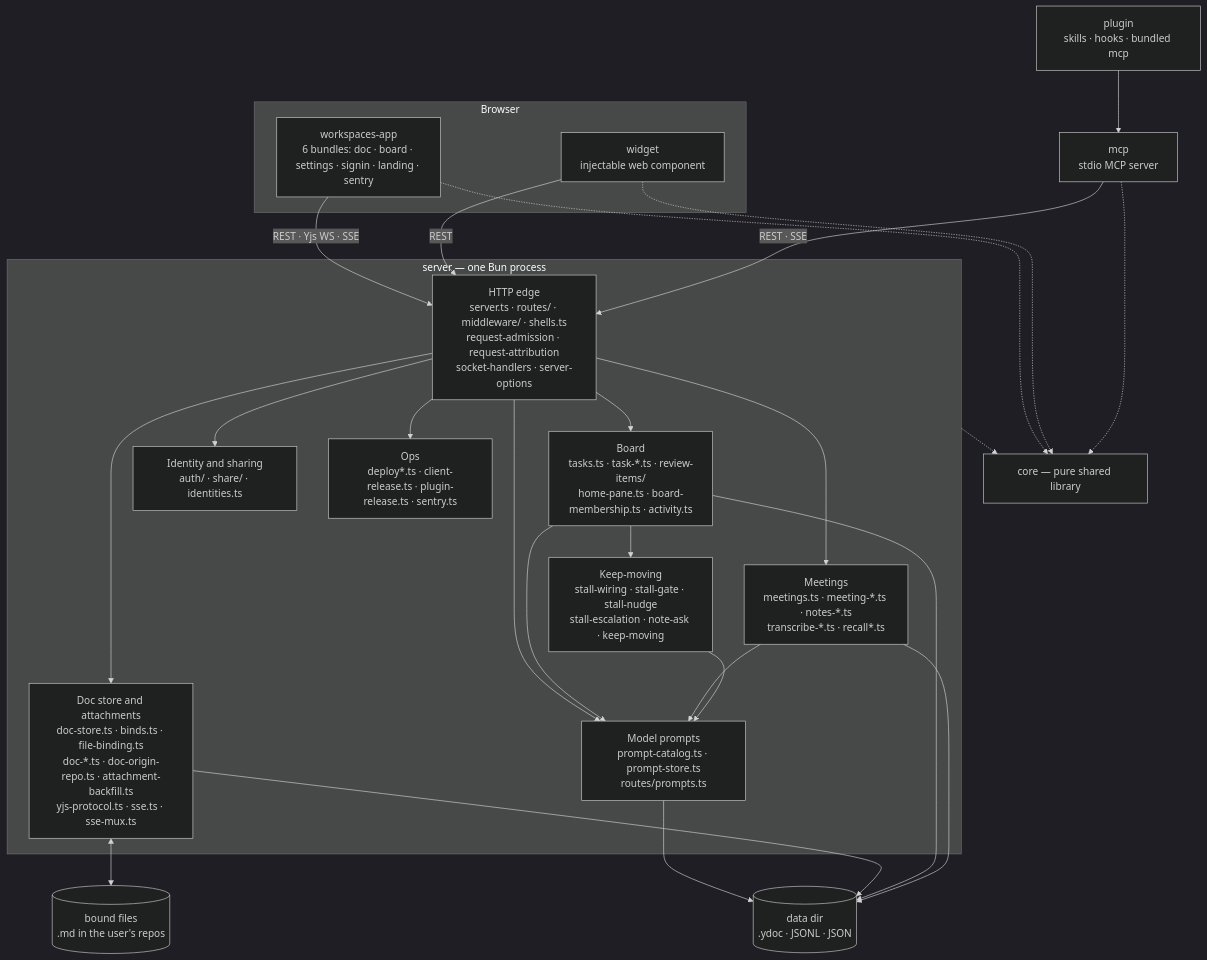
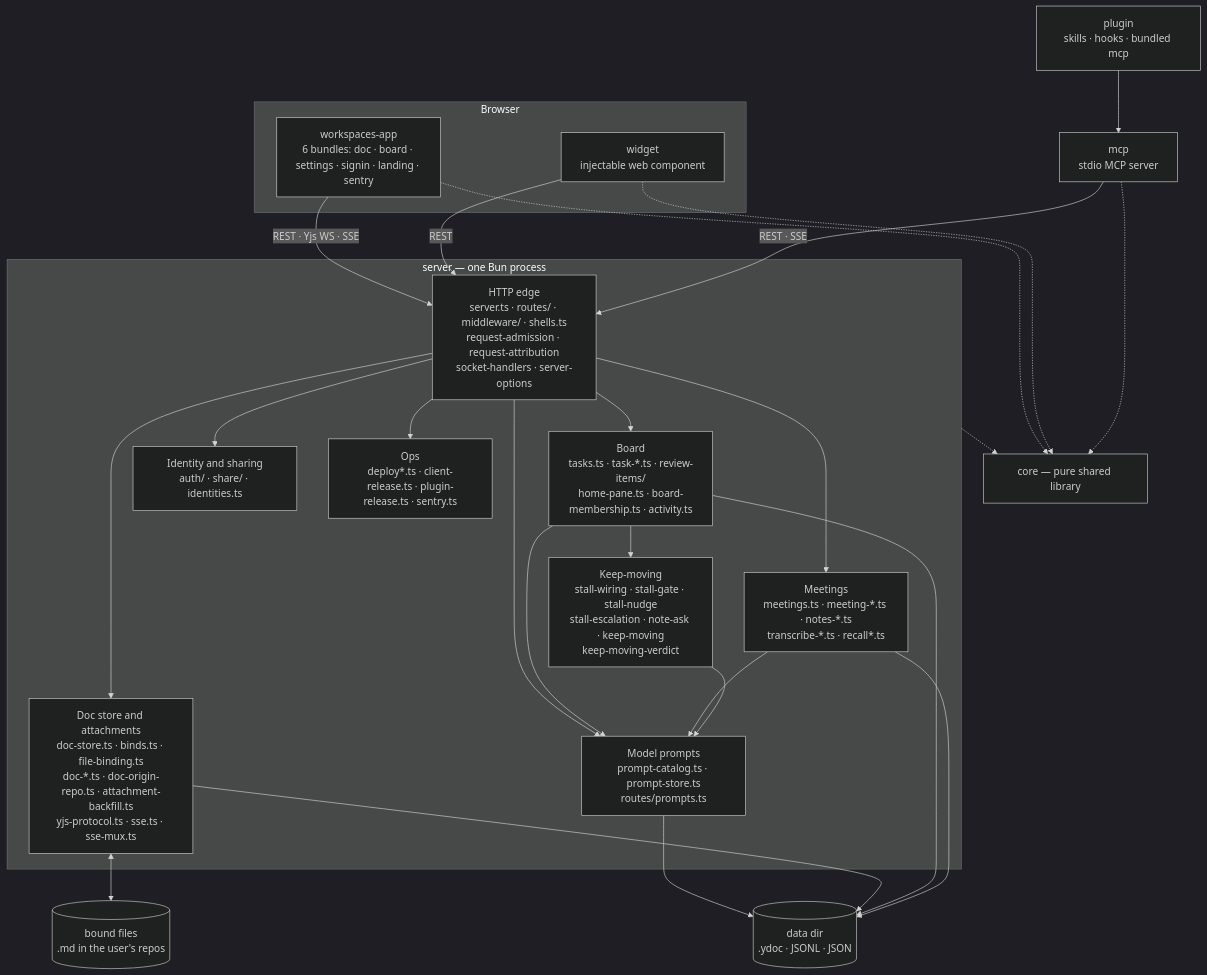
The first of 2 diagrams in docs/architecture/overview.md (fryanpan/claude-workspaces-plugin), drawn with Mermaid (dark theme) before and after one commit. The commit also changed other lines of this file and 19 other files, not shown here.

````diff
--- a/docs/architecture/overview.md
+++ b/docs/architecture/overview.md
@@ -45,35 +45,35 @@
 ```mermaid
 flowchart TB
   subgraph browser[Browser]
     app["workspaces-app<br/>6 bundles: doc · board · settings · signin · landing · sentry"]
     wid["widget<br/>injectable web component"]
   end
   plug["plugin<br/>skills · hooks · bundled mcp"]
   mcp["mcp<br/>stdio MCP server"]
   subgraph srv["server — one Bun process"]
     edge["HTTP edge<br/>server.ts · routes/ · middleware/ · shells.ts<br/>request-admission · request-attribution<br/>socket-handlers · server-options"]
     docs["Doc store and attachments<br/>doc-store.ts · binds.ts · file-binding.ts<br/>doc-*.ts · doc-origin-repo.ts · attachment-backfill.ts<br/>yjs-protocol.ts · sse.ts · sse-mux.ts"]
     board["Board<br/>tasks.ts · task-*.ts · review-items/<br/>home-pane.ts · board-membership.ts · activity.ts"]
     meet["Meetings<br/>meetings.ts · meeting-*.ts · notes-*.ts<br/>transcribe-*.ts · recall*.ts"]
-    keep["Keep-moving<br/>stall-wiring · stall-gate · stall-nudge<br/>stall-escalation · note-ask · keep-moving"]
+    keep["Keep-moving<br/>stall-wiring · stall-gate · stall-nudge<br/>stall-escalation · note-ask · keep-moving<br/>keep-moving-verdict"]
     ident["Identity and sharing<br/>auth/ · share/ · identities.ts"]
     prompts["Model prompts<br/>prompt-catalog.ts · prompt-store.ts<br/>routes/prompts.ts"]
     ops["Ops<br/>deploy*.ts · client-release.ts · plugin-release.ts · sentry.ts"]
   end
   core["core — pure shared library"]
   disk[("data dir<br/>.ydoc · JSONL · JSON")]
   files[("bound files<br/>.md in the user's repos")]
 
   app -->|"REST · Yjs WS · SSE"| edge
   wid -->|REST| edge
   plug --> mcp
   mcp -->|"REST · SSE"| edge
   edge --> docs & board & meet & ident & ops & prompts
   board & meet & keep --> prompts
   prompts --> disk
   board --> keep
   docs <--> files
   docs & board & meet --> disk
   app & wid & mcp -.-> core
   srv -.-> core
 ```
````
